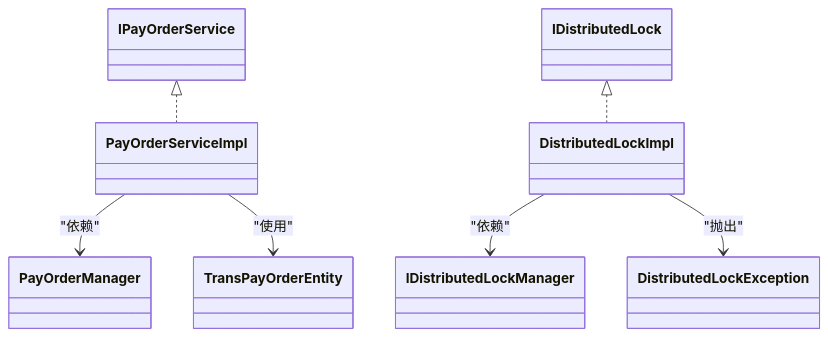
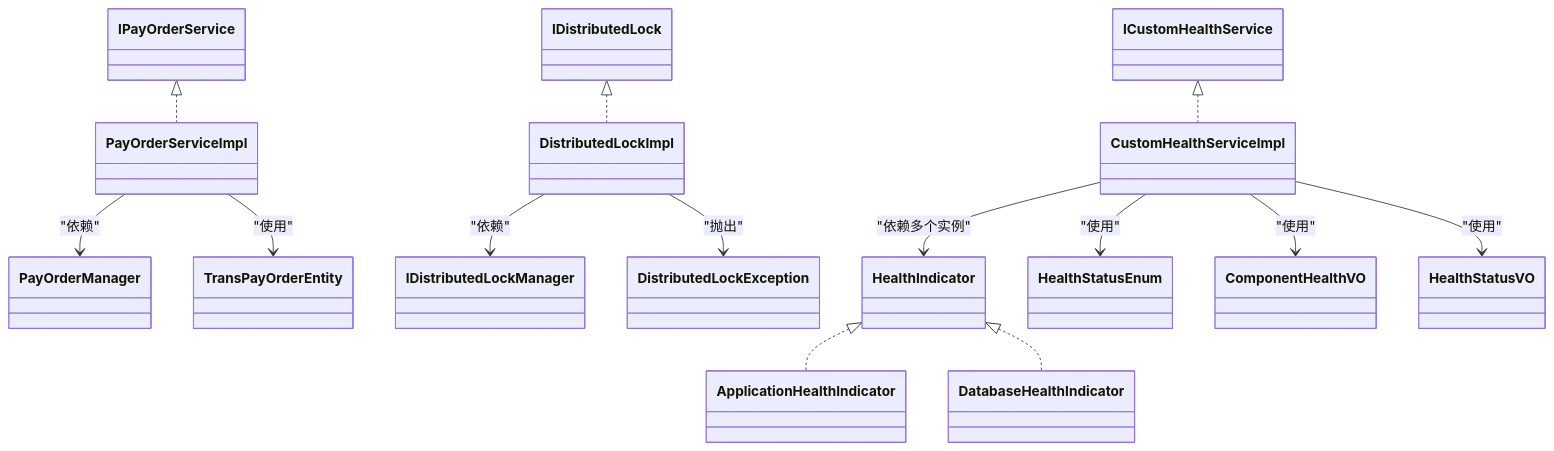
Before and after one commit to magicliang/domain-driven-transaction-sys: the sixth of 6 diagrams in .qoder/repowiki/zh/content/核心模块详解/核心服务层/服务接口设计.md, drawn with Mermaid. The commit also changed other lines of this file and 7 other files, not shown here.

````diff
--- a/.qoder/repowiki/zh/content/核心模块详解/核心服务层/服务接口设计.md
+++ b/.qoder/repowiki/zh/content/核心模块详解/核心服务层/服务接口设计.md
@@ -275,17 +448,32 @@
 ```mermaid
 classDiagram
 class IPayOrderService
 class PayOrderServiceImpl
 class PayOrderManager
 class IDistributedLock
 class DistributedLockImpl
 class IDistributedLockManager
+class ICustomHealthService
+class CustomHealthServiceImpl
+class HealthIndicator
+class ApplicationHealthIndicator
+class DatabaseHealthIndicator
 class DistributedLockException
 class TransPayOrderEntity
+class HealthStatusEnum
+class ComponentHealthVO
+class HealthStatusVO
 IPayOrderService <|.. PayOrderServiceImpl
 PayOrderServiceImpl --> PayOrderManager : "依赖"
 IDistributedLock <|.. DistributedLockImpl
 DistributedLockImpl --> IDistributedLockManager : "依赖"
 DistributedLockImpl --> DistributedLockException : "抛出"
 PayOrderServiceImpl --> TransPayOrderEntity : "使用"
+ICustomHealthService <|.. CustomHealthServiceImpl
+CustomHealthServiceImpl --> HealthIndicator : "依赖多个实例"
+HealthIndicator <|.. ApplicationHealthIndicator
+HealthIndicator <|.. DatabaseHealthIndicator
+CustomHealthServiceImpl --> HealthStatusEnum : "使用"
+CustomHealthServiceImpl --> ComponentHealthVO : "使用"
+CustomHealthServiceImpl --> HealthStatusVO : "使用"
 ```
````
